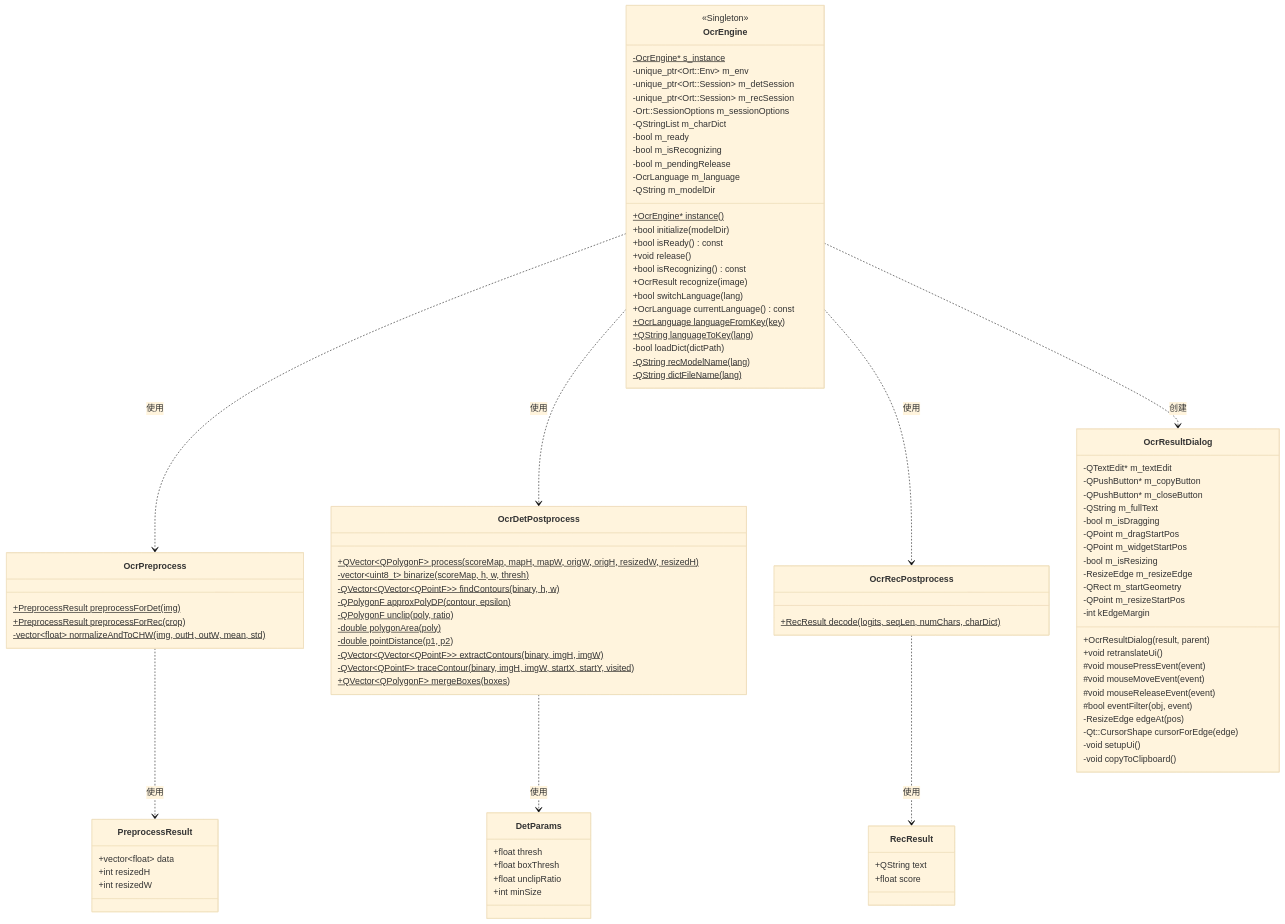
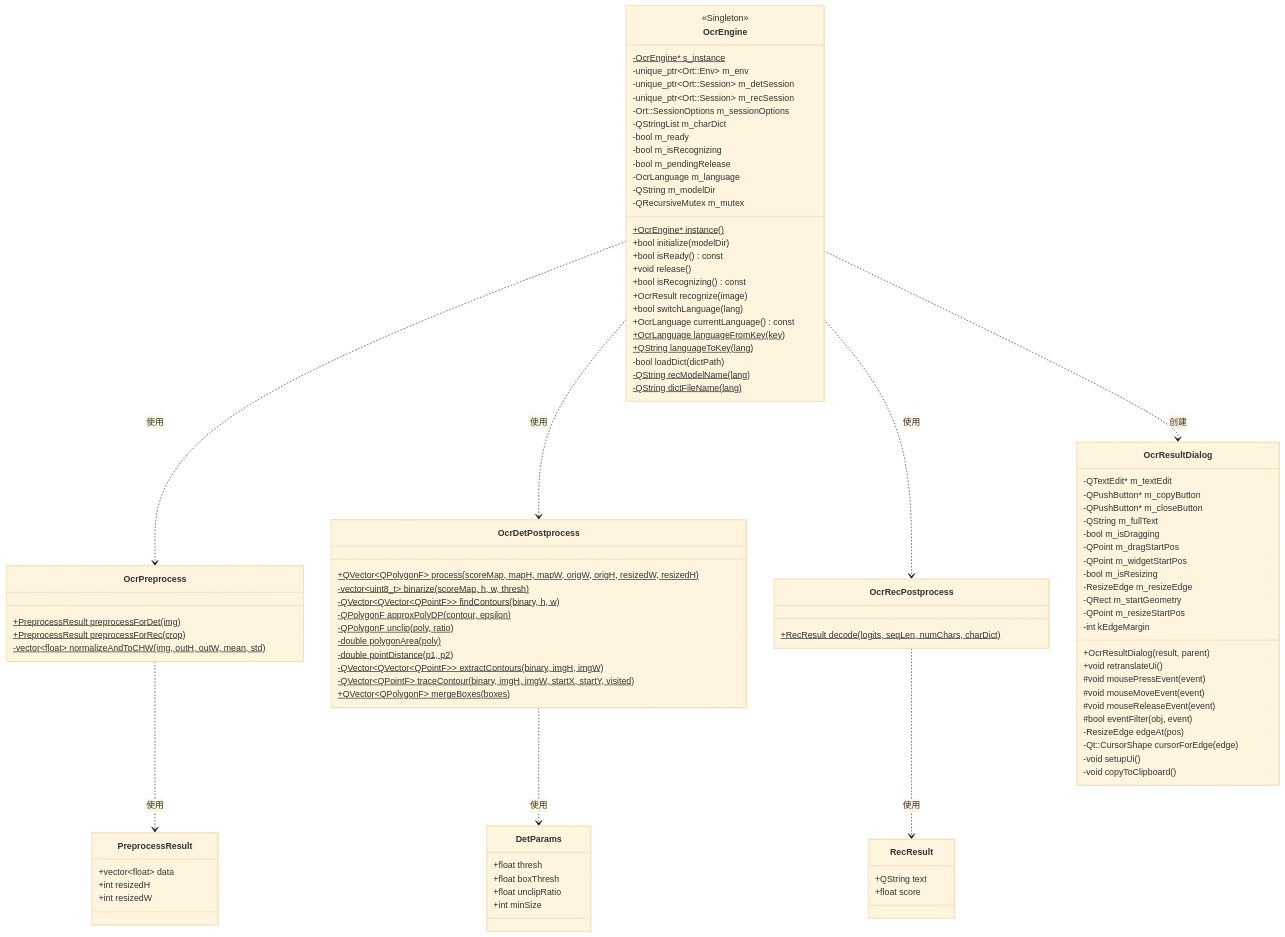
Before and after one commit to ChiangyangNPU/quick-shot: the third of 11 diagrams in docs/ocr.md, drawn with Mermaid (base theme). The commit also changed other lines of this file and 5 other files, not shown here.

```diff
--- a/docs/ocr.md
+++ b/docs/ocr.md
@@ -157,6 +157,7 @@
         -bool m_pendingRelease
         -OcrLanguage m_language
         -QString m_modelDir
+        -QRecursiveMutex m_mutex
         +OcrEngine* instance()$
         +bool initialize(modelDir)
         +bool isReady() const
```
